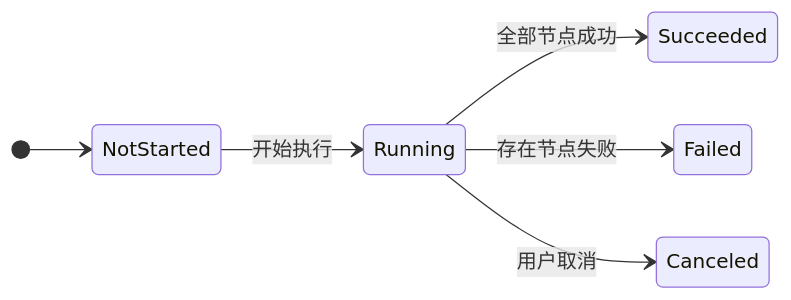
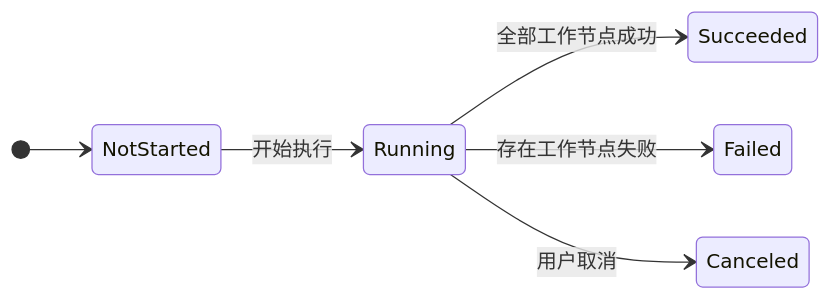
One commit to Whisper24X/personal changed the seventh of 13 diagrams in docs/ainative-requirement-design.md. Above: the diagram before and after it, drawn with Mermaid. The commit also changed other lines of this file and 12 other files, not shown here.

````diff
--- a/docs/ainative-requirement-design.md
+++ b/docs/ainative-requirement-design.md
@@ -390,9 +427,9 @@
 ```mermaid
 stateDiagram-v2
     direction LR
     [*] --> NotStarted
     NotStarted --> Running: 开始执行
-    Running --> Succeeded: 全部节点成功
-    Running --> Failed: 存在节点失败
+    Running --> Succeeded: 全部工作节点成功
+    Running --> Failed: 存在工作节点失败
     Running --> Canceled: 用户取消
 ```
````
